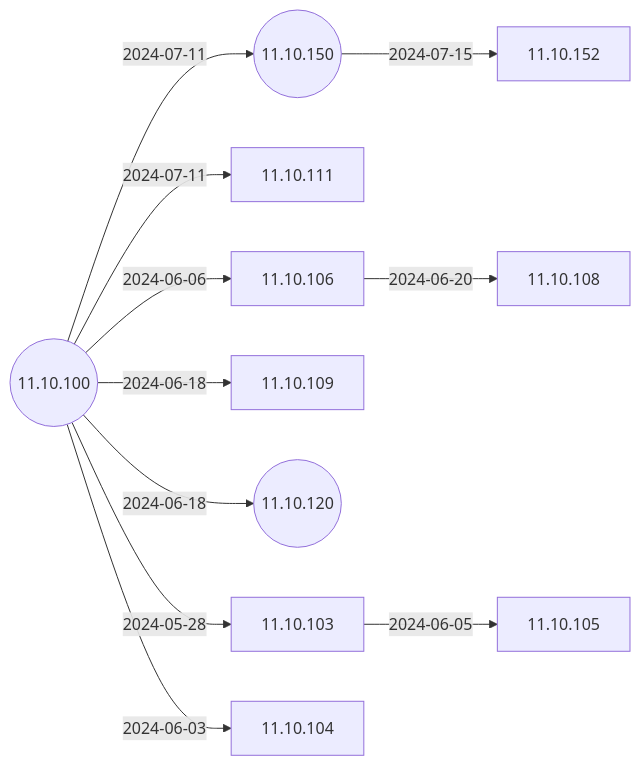
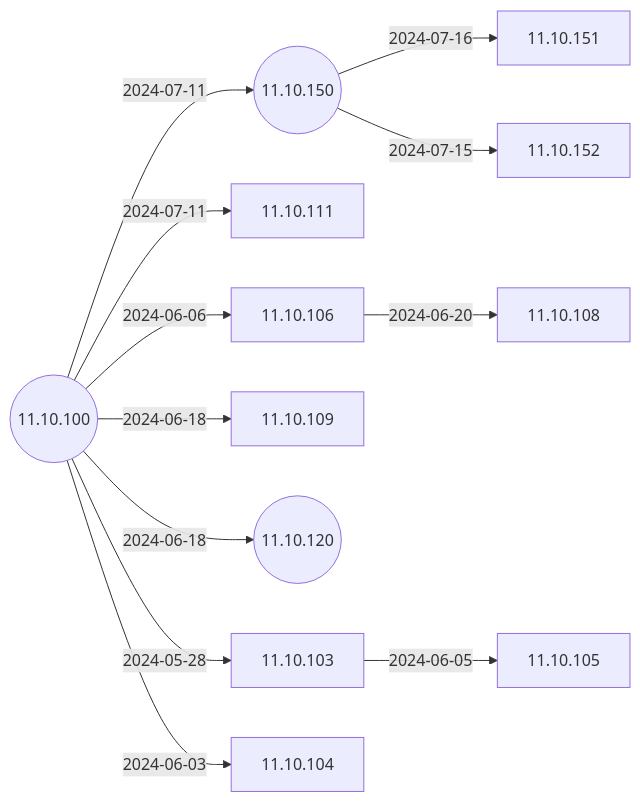
Before and after one commit to IGEL-Community/IGEL-Docs-v02: the second of 6 diagrams in docs/Docs/ReleaseNotes/01-OS11/README.md, drawn with Mermaid. The commit also changed 2 other files, not shown here.

Commit message:
11.10.151 < 11.10.150

````diff
--- a/docs/Docs/ReleaseNotes/01-OS11/README.md
+++ b/docs/Docs/ReleaseNotes/01-OS11/README.md
@@ -41,25 +41,27 @@
 ```mermaid
 flowchart LR
+    11.10.150-- 2024-07-16 -->11.10.151
     11.10.150-- 2024-07-15 -->11.10.152
     11.10.100-- 2024-07-11 -->11.10.150((11.10.150))
     11.10.100-- 2024-07-11 -->11.10.111
     11.10.106-- 2024-06-20 -->11.10.108
     11.10.100-- 2024-06-18 -->11.10.109
     11.10.100-- 2024-06-18 -->11.10.120((11.10.120))
     11.10.100-- 2024-06-06 -->11.10.106
     11.10.103-- 2024-06-05 -->11.10.105
     11.10.100-- 2024-06-03 -->11.10.104
     11.10.100-- 2024-05-28 -->11.10.103
     11.10.100((11.10.100))
+    click 11.10.151 "https://github.com/IGEL-Community/IGEL-Docs-v02/tree/main/docs/Docs/ReleaseNotes/01-OS11/readme11.10.151.txt" _blank
     click 11.10.152 "https://github.com/IGEL-Community/IGEL-Docs-v02/tree/main/docs/Docs/ReleaseNotes/01-OS11/readme11.10.152.txt" _blank
     click 11.10.111 "https://github.com/IGEL-Community/IGEL-Docs-v02/tree/main/docs/Docs/ReleaseNotes/01-OS11/readme11.10.111.txt" _blank
     click 11.10.150 "https://github.com/IGEL-Community/IGEL-Docs-v02/tree/main/docs/Docs/ReleaseNotes/01-OS11/readme11.10.150.txt" _blank
     click 11.10.108 "https://github.com/IGEL-Community/IGEL-Docs-v02/tree/main/docs/Docs/ReleaseNotes/01-OS11/readme11.10.108.txt" _blank
     click 11.10.109 "https://github.com/IGEL-Community/IGEL-Docs-v02/tree/main/docs/Docs/ReleaseNotes/01-OS11/readme11.10.109.txt" _blank
     click 11.10.120 "https://github.com/IGEL-Community/IGEL-Docs-v02/tree/main/docs/Docs/ReleaseNotes/01-OS11/readme11.10.120.txt" _blank
     click 11.10.106 "https://github.com/IGEL-Community/IGEL-Docs-v02/tree/main/docs/Docs/ReleaseNotes/01-OS11/readme11.10.106.txt" _blank
     click 11.10.105 "https://github.com/IGEL-Community/IGEL-Docs-v02/tree/main/docs/Docs/ReleaseNotes/01-OS11/readme11.10.105.txt" _blank
     click 11.10.104 "https://github.com/IGEL-Community/IGEL-Docs-v02/tree/main/docs/Docs/ReleaseNotes/01-OS11/readme11.10.104.txt" _blank
     click 11.10.103 "https://github.com/IGEL-Community/IGEL-Docs-v02/tree/main/docs/Docs/ReleaseNotes/01-OS11/readme11.10.103.txt" _blank
     click 11.10.100 "https://github.com/IGEL-Community/IGEL-Docs-v02/tree/main/docs/Docs/ReleaseNotes/01-OS11/readme11.10.100.txt" _blank
 ```
````
